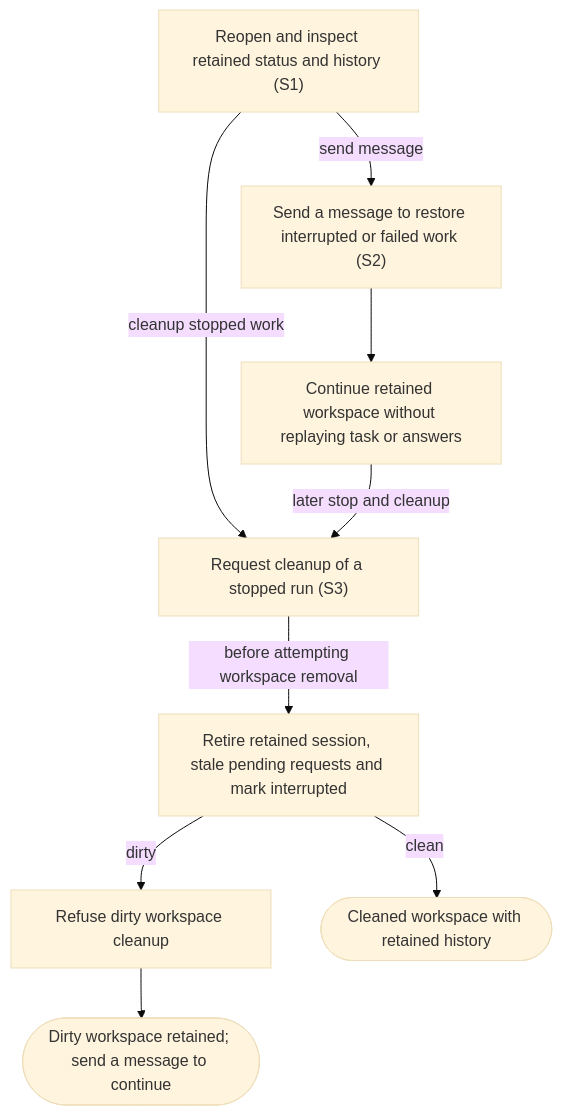
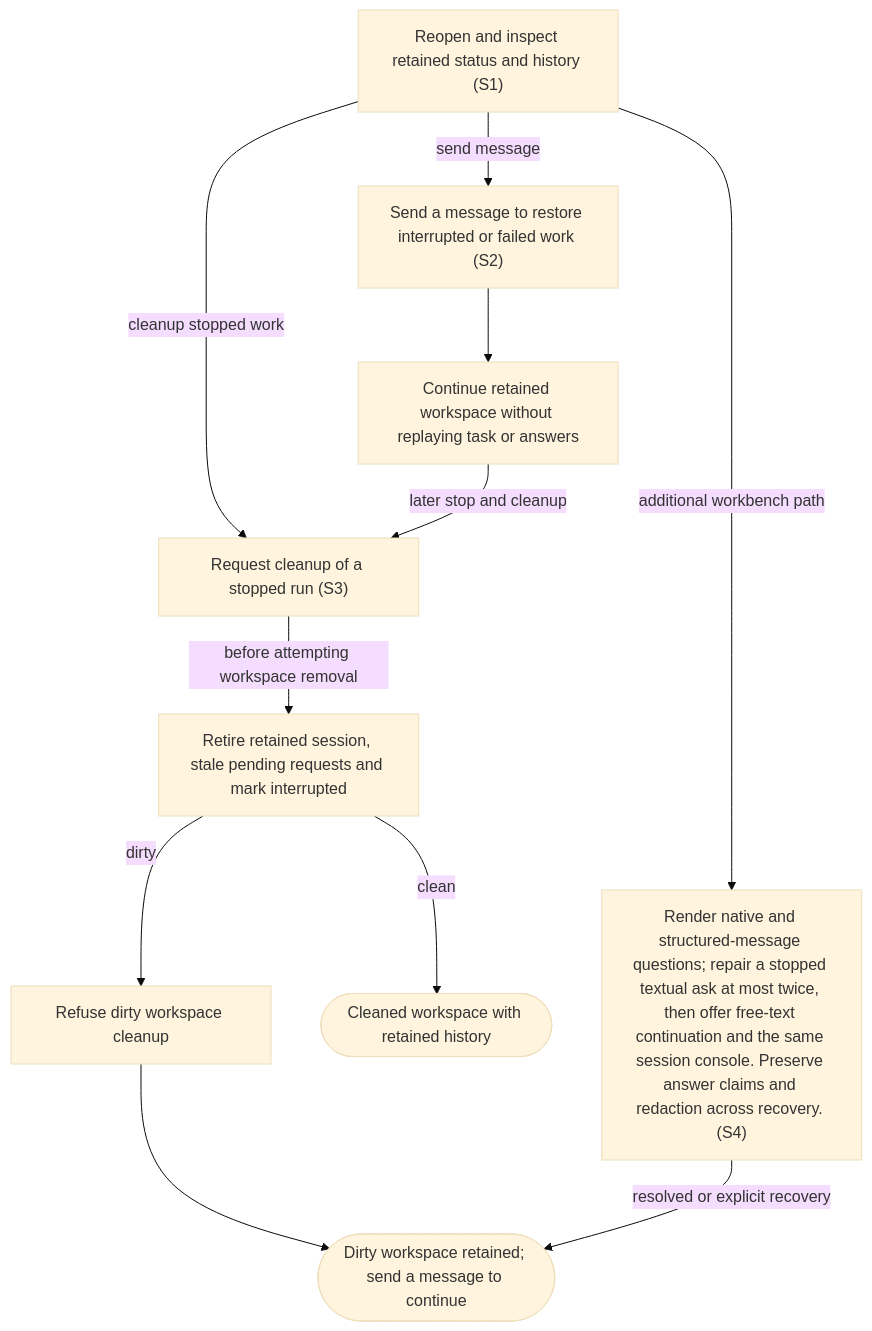
The diagram in docs/user-flows/recover-cleanup.md (dk-code-factory/code-factory-plugin), drawn with Mermaid (base theme) before and after one commit. The commit also changed other lines of this file and 64 other files, not shown here.

````diff
--- a/docs/user-flows/recover-cleanup.md
+++ b/docs/user-flows/recover-cleanup.md
@@ -36,19 +38,22 @@
 ```mermaid
 flowchart TD
     N0["Reopen and inspect retained status and history #40;S1#41;"]
     N1["Send a message to restore interrupted or failed work #40;S2#41;"]
     N2["Continue retained workspace without replaying task or answers"]
     N3["Request cleanup of a stopped run #40;S3#41;"]
     N4["Refuse dirty workspace cleanup"]
     N5(["Dirty workspace retained#59; send a message to continue"])
     N6(["Cleaned workspace with retained history"])
     N7["Retire retained session, stale pending requests and mark interrupted"]
+    N8["Render native and structured-message questions#59; repair a stopped textual ask at most twice, then offer free-text continuation and the same session console. Preserve answer claims and redaction across recovery. #40;S4#41;"]
     N0 -->|"send message"| N1
     N1 --> N2
     N0 -->|"cleanup stopped work"| N3
     N2 -->|"later stop and cleanup"| N3
     N7 -->|"dirty"| N4
     N4 --> N5
     N7 -->|"clean"| N6
     N3 -->|"before attempting workspace removal"| N7
+    N0 -->|"additional workbench path"| N8
+    N8 -->|"resolved or explicit recovery"| N5
 ```
````
